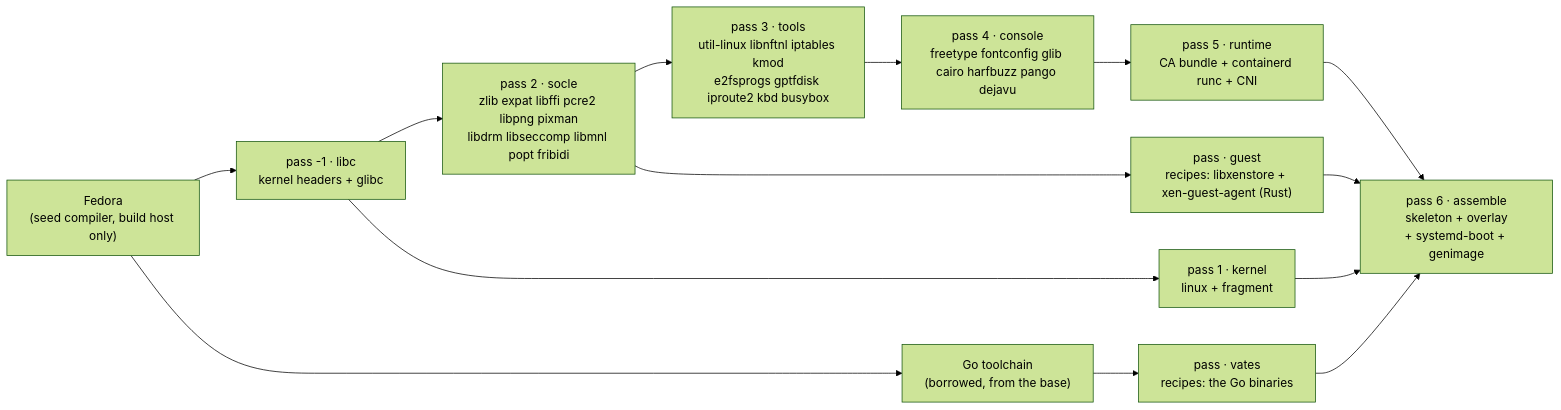
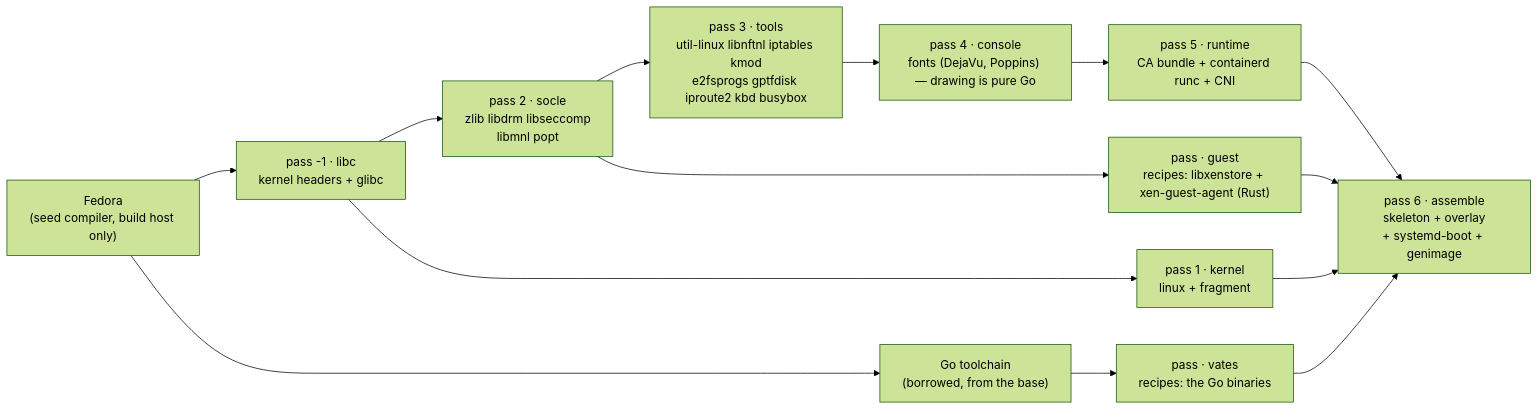
One commit to littlejo/vates-kube-os changed the diagram in docs/BUILD.md. Above: the diagram before and after it, drawn with Mermaid (forest theme). The commit also changed other lines of this file and 44 other files, not shown here.

First line of the commit message:
refactor(console): draw with fogleman/gg and drop the cairo/pango stack

````diff
--- a/docs/BUILD.md
+++ b/docs/BUILD.md
@@ -39,19 +39,19 @@
 ```mermaid
 flowchart LR
     base["Fedora<br/>(seed compiler, build host only)"]
     libc["pass -1 · libc<br/>kernel headers + glibc"]
-    socle["pass 2 · socle<br/>zlib expat libffi pcre2 libpng pixman<br/>libdrm libseccomp libmnl popt fribidi"]
+    socle["pass 2 · socle<br/>zlib libdrm libseccomp<br/>libmnl popt"]
     tools["pass 3 · tools<br/>util-linux libnftnl iptables kmod<br/>e2fsprogs gptfdisk iproute2 kbd busybox"]
-    console["pass 4 · console<br/>freetype fontconfig glib cairo harfbuzz pango dejavu"]
+    console["pass 4 · console<br/>fonts (DejaVu, Poppins) — drawing is pure Go"]
     kernel["pass 1 · kernel<br/>linux + fragment"]
     runtime["pass 5 · runtime<br/>CA bundle + containerd runc + CNI"]
     gobase["Go toolchain<br/>(borrowed, from the base)"]
     vates["pass · vates<br/>recipes: the Go binaries"]
     guest["pass · guest<br/>recipes: libxenstore + xen-guest-agent (Rust)"]
     disk["pass 6 · assemble<br/>skeleton + overlay<br/>+ systemd-boot + genimage"]
 
     base --> libc --> socle --> tools --> console --> runtime --> disk
     libc --> kernel --> disk
     base --> gobase --> vates --> disk
     socle --> guest --> disk
 ```
````
